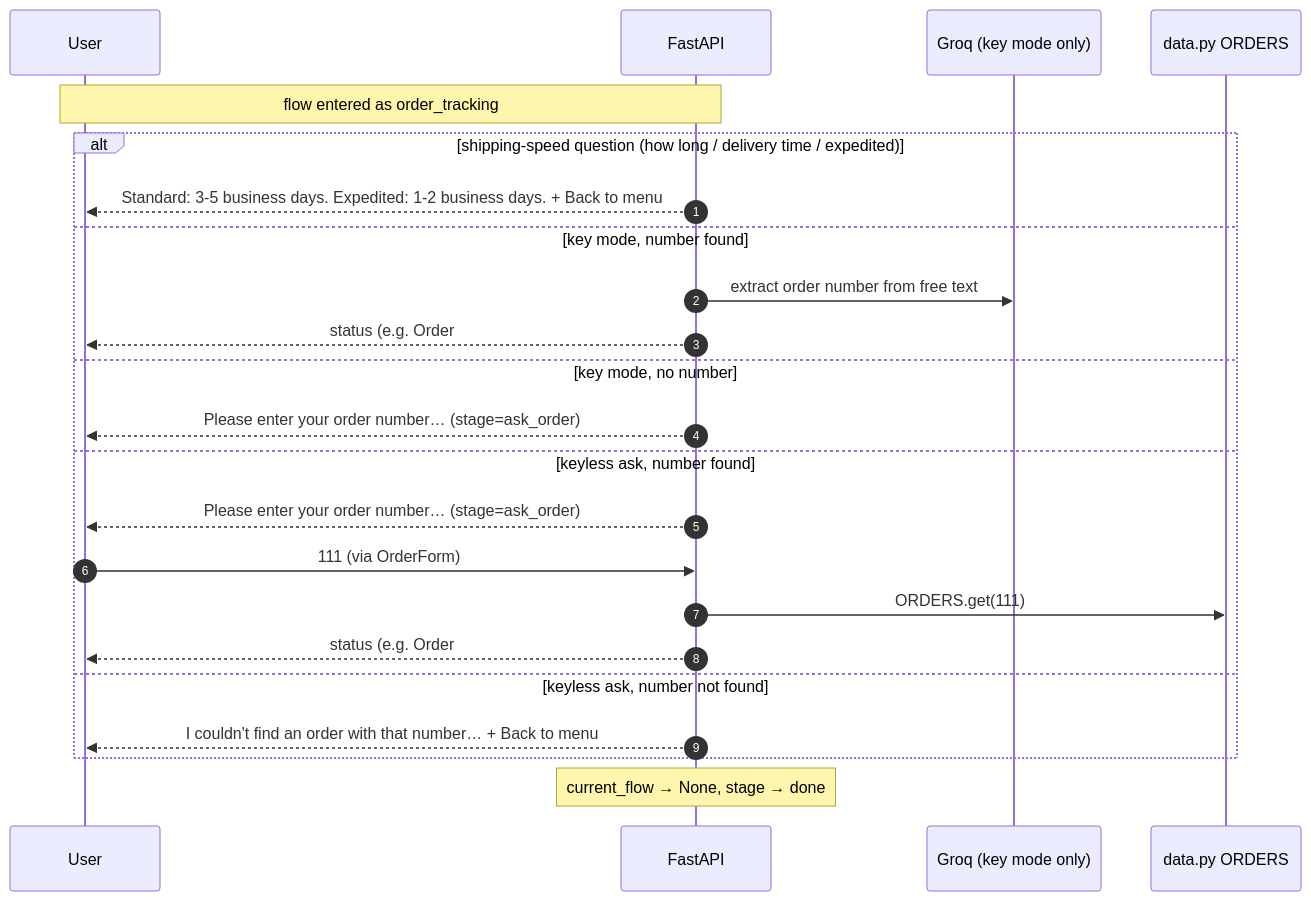
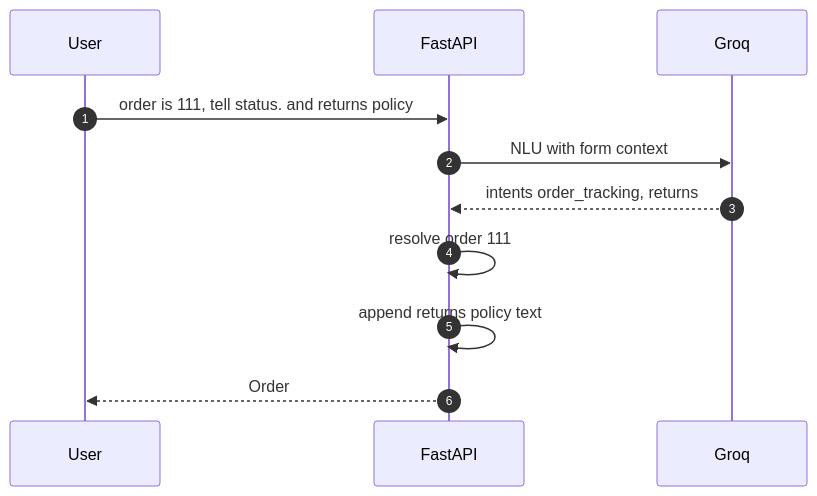
The sixth of 9 diagrams in architecture.md (pkbros/cutomerBot2), drawn with Mermaid before and after one commit. The commit also changed other lines of this file and 19 other files, not shown here.

````diff
--- a/architecture.md
+++ b/architecture.md
@@ -233,26 +234,13 @@
 ```mermaid
 sequenceDiagram
     autonumber
     participant U as User
     participant B as FastAPI
-    participant G as Groq (key mode only)
-    participant D as data.py ORDERS
-
-    Note over U,B: flow entered as order_tracking
-    alt shipping-speed question (how long / delivery time / expedited)
-        B-->>U: Standard: 3-5 business days. Expedited: 1-2 business days. + Back to menu
-    else key mode, number found
-        B->>G: extract order number from free text
-        B-->>U: status (e.g. Order #222 is Processing. Ships in 24 hours) + Back to menu
-    else key mode, no number
-        B-->>U: Please enter your order number… (stage=ask_order)
-    else keyless ask, number found
-        B-->>U: Please enter your order number… (stage=ask_order)
-        U->>B: 111 (via OrderForm)
-        B->>D: ORDERS.get(111)
-        B-->>U: status (e.g. Order #111 is Shipped. Arriving tomorrow) + Back to menu
-    else keyless ask, number not found
-        B-->>U: I couldn't find an order with that number… + Back to menu
-    end
-    Note over B: current_flow → None, stage → done
+    participant G as Groq
+    U->>B: order is 111, tell status. and returns policy
+    B->>G: NLU with form context
+    G-->>B: intents order_tracking, returns
+    B->>B: resolve order 111
+    B->>B: append returns policy text
+    B-->>U: Order #111 is Shipped, then policy + Back to menu
 ```
````
